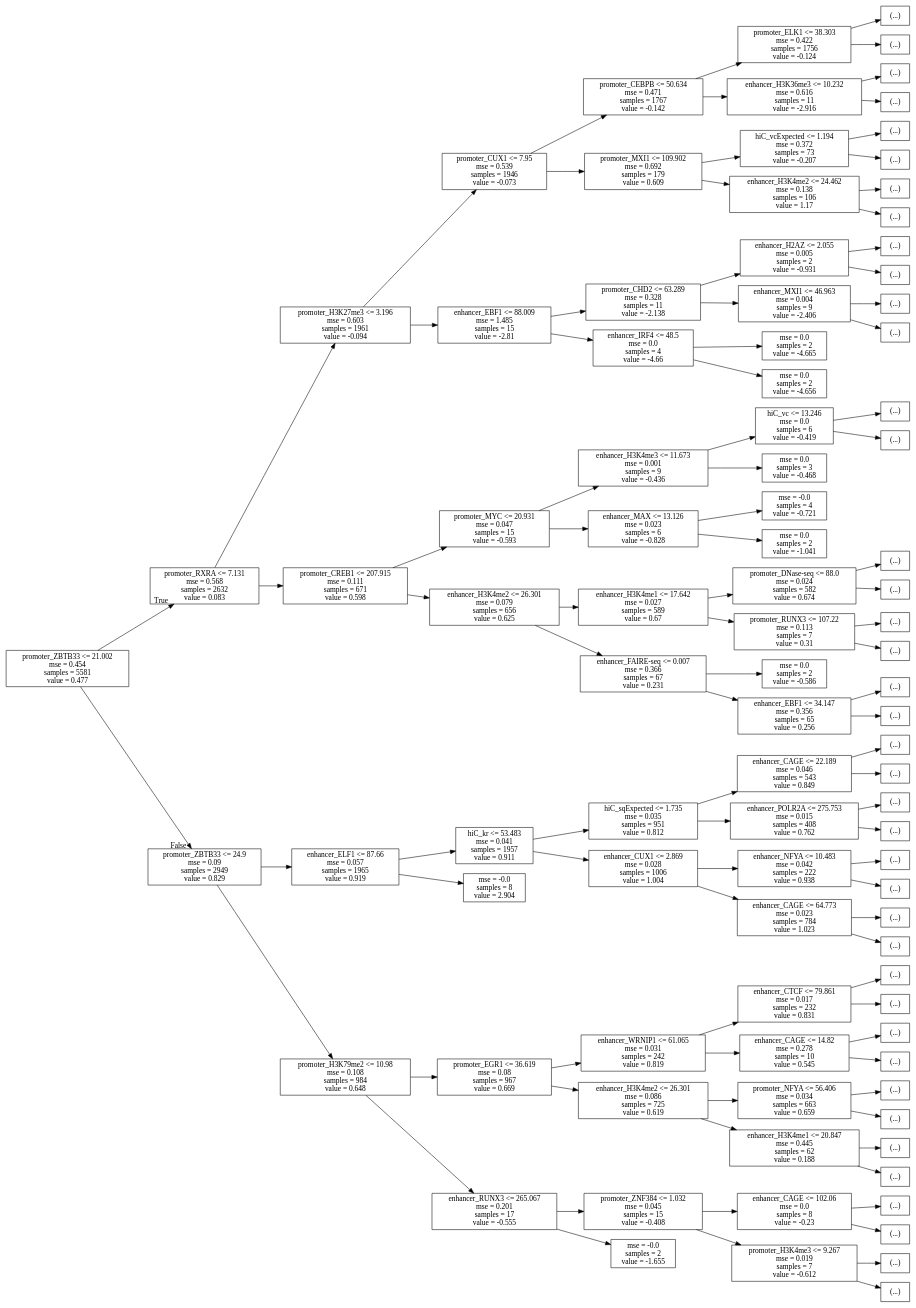
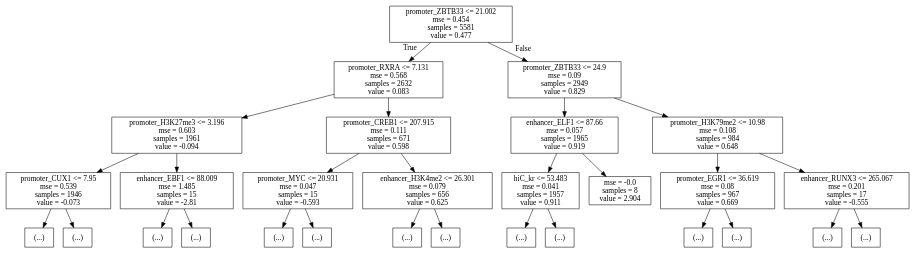
Before and after one commit to Tatsinskaya/inteql: the diagram in figures/figure_1a.dot, drawn with Graphviz. The commit also changed 10 other files, not shown here.

```diff
--- a/figures/figure_1a.dot
+++ b/figures/figure_1a.dot
@@ -1,193 +1,60 @@
 digraph Tree {
 node [shape=box] ;
-rankdir=LR ;
 0 [label="promoter_ZBTB33 <= 21.002\nmse = 0.454\nsamples = 5581\nvalue = 0.477"] ;
 1 [label="promoter_RXRA <= 7.131\nmse = 0.568\nsamples = 2632\nvalue = 0.083"] ;
-0 -> 1 [labeldistance=2.5, labelangle=-45, headlabel="True"] ;
+0 -> 1 [labeldistance=2.5, labelangle=45, headlabel="True"] ;
 2 [label="promoter_H3K27me3 <= 3.196\nmse = 0.603\nsamples = 1961\nvalue = -0.094"] ;
 1 -> 2 ;
 3 [label="promoter_CUX1 <= 7.95\nmse = 0.539\nsamples = 1946\nvalue = -0.073"] ;
 2 -> 3 ;
-4 [label="promoter_CEBPB <= 50.634\nmse = 0.471\nsamples = 1767\nvalue = -0.142"] ;
+4 [label="(...)"] ;
 3 -> 4 ;
-5 [label="promoter_ELK1 <= 38.303\nmse = 0.422\nsamples = 1756\nvalue = -0.124"] ;
-4 -> 5 ;
-6 [label="(...)"] ;
-5 -> 6 ;
-805 [label="(...)"] ;
-5 -> 805 ;
-890 [label="enhancer_H3K36me3 <= 10.232\nmse = 0.616\nsamples = 11\nvalue = -2.916"] ;
-4 -> 890 ;
-891 [label="(...)"] ;
-890 -> 891 ;
-894 [label="(...)"] ;
-890 -> 894 ;
-895 [label="promoter_MXI1 <= 109.902\nmse = 0.692\nsamples = 179\nvalue = 0.609"] ;
+895 [label="(...)"] ;
 3 -> 895 ;
-896 [label="hiC_vcExpected <= 1.194\nmse = 0.372\nsamples = 73\nvalue = -0.207"] ;
-895 -> 896 ;
-897 [label="(...)"] ;
-896 -> 897 ;
-926 [label="(...)"] ;
-896 -> 926 ;
-947 [label="enhancer_H3K4me2 <= 24.462\nmse = 0.138\nsamples = 106\nvalue = 1.17"] ;
-895 -> 947 ;
-948 [label="(...)"] ;
-947 -> 948 ;
-999 [label="(...)"] ;
-947 -> 999 ;
 1014 [label="enhancer_EBF1 <= 88.009\nmse = 1.485\nsamples = 15\nvalue = -2.81"] ;
 2 -> 1014 ;
-1015 [label="promoter_CHD2 <= 63.289\nmse = 0.328\nsamples = 11\nvalue = -2.138"] ;
+1015 [label="(...)"] ;
 1014 -> 1015 ;
-1016 [label="enhancer_H2AZ <= 2.055\nmse = 0.005\nsamples = 2\nvalue = -0.931"] ;
-1015 -> 1016 ;
-1017 [label="(...)"] ;
-1016 -> 1017 ;
-1018 [label="(...)"] ;
-1016 -> 1018 ;
-1019 [label="enhancer_MXI1 <= 46.963\nmse = 0.004\nsamples = 9\nvalue = -2.406"] ;
-1015 -> 1019 ;
-1020 [label="(...)"] ;
-1019 -> 1020 ;
-1021 [label="(...)"] ;
-1019 -> 1021 ;
-1022 [label="enhancer_IRF4 <= 48.5\nmse = 0.0\nsamples = 4\nvalue = -4.66"] ;
+1022 [label="(...)"] ;
 1014 -> 1022 ;
-1023 [label="mse = 0.0\nsamples = 2\nvalue = -4.665"] ;
-1022 -> 1023 ;
-1024 [label="mse = 0.0\nsamples = 2\nvalue = -4.656"] ;
-1022 -> 1024 ;
 1025 [label="promoter_CREB1 <= 207.915\nmse = 0.111\nsamples = 671\nvalue = 0.598"] ;
 1 -> 1025 ;
 1026 [label="promoter_MYC <= 20.931\nmse = 0.047\nsamples = 15\nvalue = -0.593"] ;
 1025 -> 1026 ;
-1027 [label="enhancer_H3K4me3 <= 11.673\nmse = 0.001\nsamples = 9\nvalue = -0.436"] ;
+1027 [label="(...)"] ;
 1026 -> 1027 ;
-1028 [label="hiC_vc <= 13.246\nmse = 0.0\nsamples = 6\nvalue = -0.419"] ;
-1027 -> 1028 ;
-1029 [label="(...)"] ;
-1028 -> 1029 ;
-1030 [label="(...)"] ;
-1028 -> 1030 ;
-1033 [label="mse = 0.0\nsamples = 3\nvalue = -0.468"] ;
-1027 -> 1033 ;
-1034 [label="enhancer_MAX <= 13.126\nmse = 0.023\nsamples = 6\nvalue = -0.828"] ;
+1034 [label="(...)"] ;
 1026 -> 1034 ;
-1035 [label="mse = -0.0\nsamples = 4\nvalue = -0.721"] ;
-1034 -> 1035 ;
-1036 [label="mse = 0.0\nsamples = 2\nvalue = -1.041"] ;
-1034 -> 1036 ;
 1037 [label="enhancer_H3K4me2 <= 26.301\nmse = 0.079\nsamples = 656\nvalue = 0.625"] ;
 1025 -> 1037 ;
-1038 [label="enhancer_H3K4me1 <= 17.642\nmse = 0.027\nsamples = 589\nvalue = 0.67"] ;
+1038 [label="(...)"] ;
 1037 -> 1038 ;
-1039 [label="promoter_DNase-seq <= 88.0\nmse = 0.024\nsamples = 582\nvalue = 0.674"] ;
-1038 -> 1039 ;
-1040 [label="(...)"] ;
-1039 -> 1040 ;
-1041 [label="(...)"] ;
-1039 -> 1041 ;
-1126 [label="promoter_RUNX3 <= 107.22\nmse = 0.113\nsamples = 7\nvalue = 0.31"] ;
-1038 -> 1126 ;
-1127 [label="(...)"] ;
-1126 -> 1127 ;
-1130 [label="(...)"] ;
-1126 -> 1130 ;
-1131 [label="enhancer_FAIRE-seq <= 0.007\nmse = 0.366\nsamples = 67\nvalue = 0.231"] ;
+1131 [label="(...)"] ;
 1037 -> 1131 ;
-1132 [label="mse = 0.0\nsamples = 2\nvalue = -0.586"] ;
-1131 -> 1132 ;
-1133 [label="enhancer_EBF1 <= 34.147\nmse = 0.356\nsamples = 65\nvalue = 0.256"] ;
-1131 -> 1133 ;
-1134 [label="(...)"] ;
-1133 -> 1134 ;
-1137 [label="(...)"] ;
-1133 -> 1137 ;
 1146 [label="promoter_ZBTB33 <= 24.9\nmse = 0.09\nsamples = 2949\nvalue = 0.829"] ;
-0 -> 1146 [labeldistance=2.5, labelangle=45, headlabel="False"] ;
+0 -> 1146 [labeldistance=2.5, labelangle=-45, headlabel="False"] ;
 1147 [label="enhancer_ELF1 <= 87.66\nmse = 0.057\nsamples = 1965\nvalue = 0.919"] ;
 1146 -> 1147 ;
 1148 [label="hiC_kr <= 53.483\nmse = 0.041\nsamples = 1957\nvalue = 0.911"] ;
 1147 -> 1148 ;
-1149 [label="hiC_sqExpected <= 1.735\nmse = 0.035\nsamples = 951\nvalue = 0.812"] ;
+1149 [label="(...)"] ;
 1148 -> 1149 ;
-1150 [label="enhancer_CAGE <= 22.189\nmse = 0.046\nsamples = 543\nvalue = 0.849"] ;
-1149 -> 1150 ;
-1151 [label="(...)"] ;
-1150 -> 1151 ;
-1196 [label="(...)"] ;
-1150 -> 1196 ;
-1211 [label="enhancer_POLR2A <= 275.753\nmse = 0.015\nsamples = 408\nvalue = 0.762"] ;
-1149 -> 1211 ;
-1212 [label="(...)"] ;
-1211 -> 1212 ;
-1227 [label="(...)"] ;
-1211 -> 1227 ;
-1242 [label="enhancer_CUX1 <= 2.869\nmse = 0.028\nsamples = 1006\nvalue = 1.004"] ;
+1242 [label="(...)"] ;
 1148 -> 1242 ;
-1243 [label="enhancer_NFYA <= 10.483\nmse = 0.042\nsamples = 222\nvalue = 0.938"] ;
-1242 -> 1243 ;
-1244 [label="(...)"] ;
-1243 -> 1244 ;
-1247 [label="(...)"] ;
-1243 -> 1247 ;
-1252 [label="enhancer_CAGE <= 64.773\nmse = 0.023\nsamples = 784\nvalue = 1.023"] ;
-1242 -> 1252 ;
-1253 [label="(...)"] ;
-1252 -> 1253 ;
-1260 [label="(...)"] ;
-1252 -> 1260 ;
 1265 [label="mse = -0.0\nsamples = 8\nvalue = 2.904"] ;
 1147 -> 1265 ;
 1266 [label="promoter_H3K79me2 <= 10.98\nmse = 0.108\nsamples = 984\nvalue = 0.648"] ;
 1146 -> 1266 ;
 1267 [label="promoter_EGR1 <= 36.619\nmse = 0.08\nsamples = 967\nvalue = 0.669"] ;
 1266 -> 1267 ;
-1268 [label="enhancer_WRNIP1 <= 61.065\nmse = 0.031\nsamples = 242\nvalue = 0.819"] ;
+1268 [label="(...)"] ;
 1267 -> 1268 ;
-1269 [label="enhancer_CTCF <= 79.861\nmse = 0.017\nsamples = 232\nvalue = 0.831"] ;
-1268 -> 1269 ;
-1270 [label="(...)"] ;
-1269 -> 1270 ;
-1379 [label="(...)"] ;
-1269 -> 1379 ;
-1400 [label="enhancer_CAGE <= 14.82\nmse = 0.278\nsamples = 10\nvalue = 0.545"] ;
-1268 -> 1400 ;
-1401 [label="(...)"] ;
-1400 -> 1401 ;
-1402 [label="(...)"] ;
-1400 -> 1402 ;
-1403 [label="enhancer_H3K4me2 <= 26.301\nmse = 0.086\nsamples = 725\nvalue = 0.619"] ;
+1403 [label="(...)"] ;
 1267 -> 1403 ;
-1404 [label="promoter_NFYA <= 56.406\nmse = 0.034\nsamples = 663\nvalue = 0.659"] ;
-1403 -> 1404 ;
-1405 [label="(...)"] ;
-1404 -> 1405 ;
-1428 [label="(...)"] ;
-1404 -> 1428 ;
-1529 [label="enhancer_H3K4me1 <= 20.847\nmse = 0.445\nsamples = 62\nvalue = 0.188"] ;
-1403 -> 1529 ;
-1530 [label="(...)"] ;
-1529 -> 1530 ;
-1541 [label="(...)"] ;
-1529 -> 1541 ;
 1544 [label="enhancer_RUNX3 <= 265.067\nmse = 0.201\nsamples = 17\nvalue = -0.555"] ;
 1266 -> 1544 ;
-1545 [label="promoter_ZNF384 <= 1.032\nmse = 0.045\nsamples = 15\nvalue = -0.408"] ;
+1545 [label="(...)"] ;
 1544 -> 1545 ;
-1546 [label="enhancer_CAGE <= 102.06\nmse = 0.0\nsamples = 8\nvalue = -0.23"] ;
-1545 -> 1546 ;
-1547 [label="(...)"] ;
-1546 -> 1547 ;
-1552 [label="(...)"] ;
-1546 -> 1552 ;
-1553 [label="promoter_H3K4me3 <= 9.267\nmse = 0.019\nsamples = 7\nvalue = -0.612"] ;
-1545 -> 1553 ;
-1554 [label="(...)"] ;
-1553 -> 1554 ;
-1557 [label="(...)"] ;
-1553 -> 1557 ;
-1560 [label="mse = -0.0\nsamples = 2\nvalue = -1.655"] ;
+1560 [label="(...)"] ;
 1544 -> 1560 ;
 }
```
